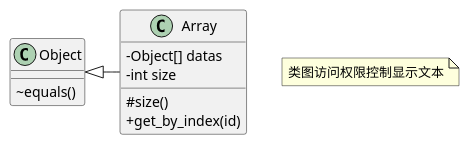
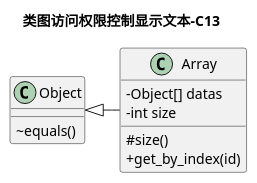
Before and after one commit to securitgithub/plantumlforvscode: the eighth of 24 diagrams in README.md, drawn with PlantUML. The commit also changed other lines of this file and 6 other files, not shown here.

````diff
--- a/README.md
+++ b/README.md
@@ -349,16 +350,16 @@
 ```plantuml
 @startuml
-note "类图访问权限控制显示文本" as C3
+title 类图访问权限控制显示文本-C13
 
 skinparam classAttributeIconSize 0
 
 Object <|- Array
 Object : ~ equals()
 Array : - Object[] datas
 Array : # size()
 class Array {
     - int size
     + get_by_index(id)
 }
 @enduml
 ```
````
